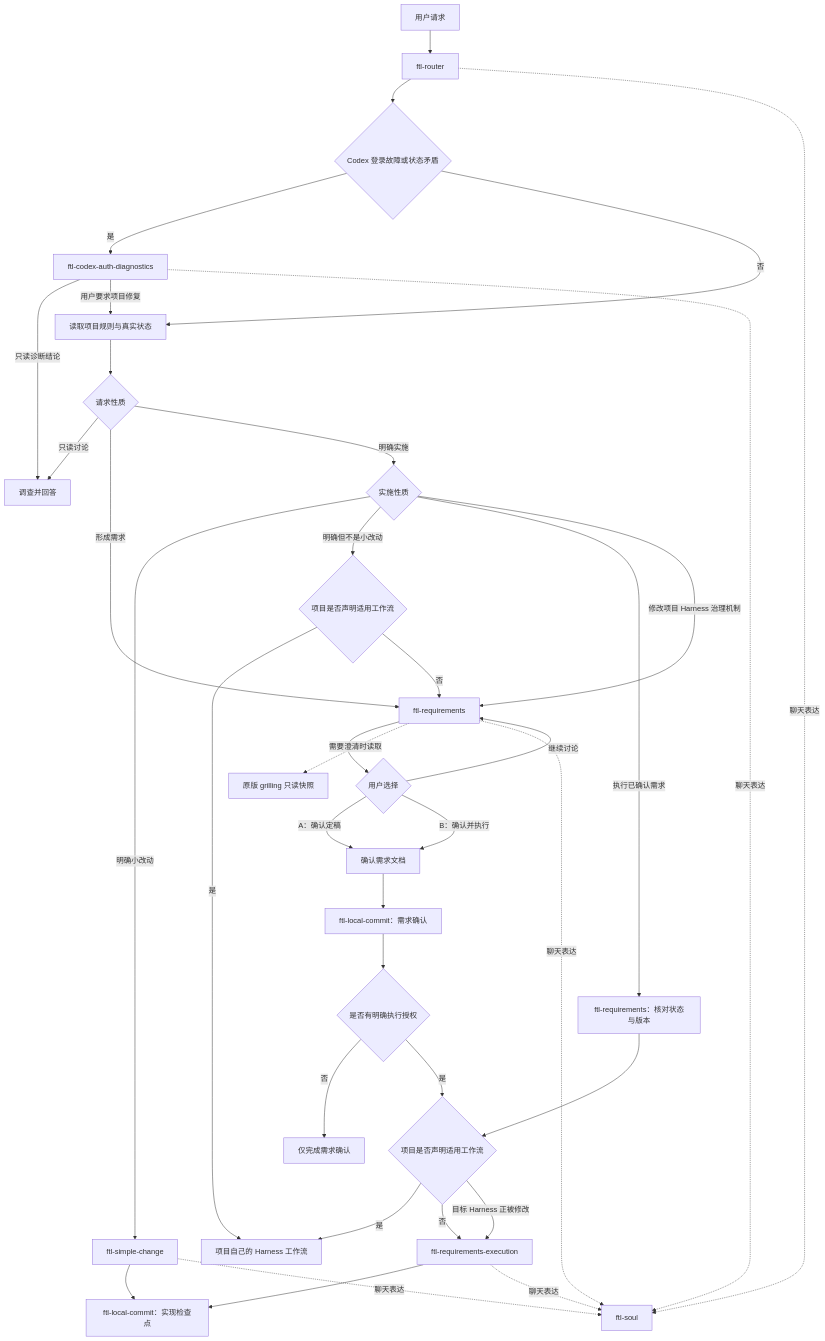
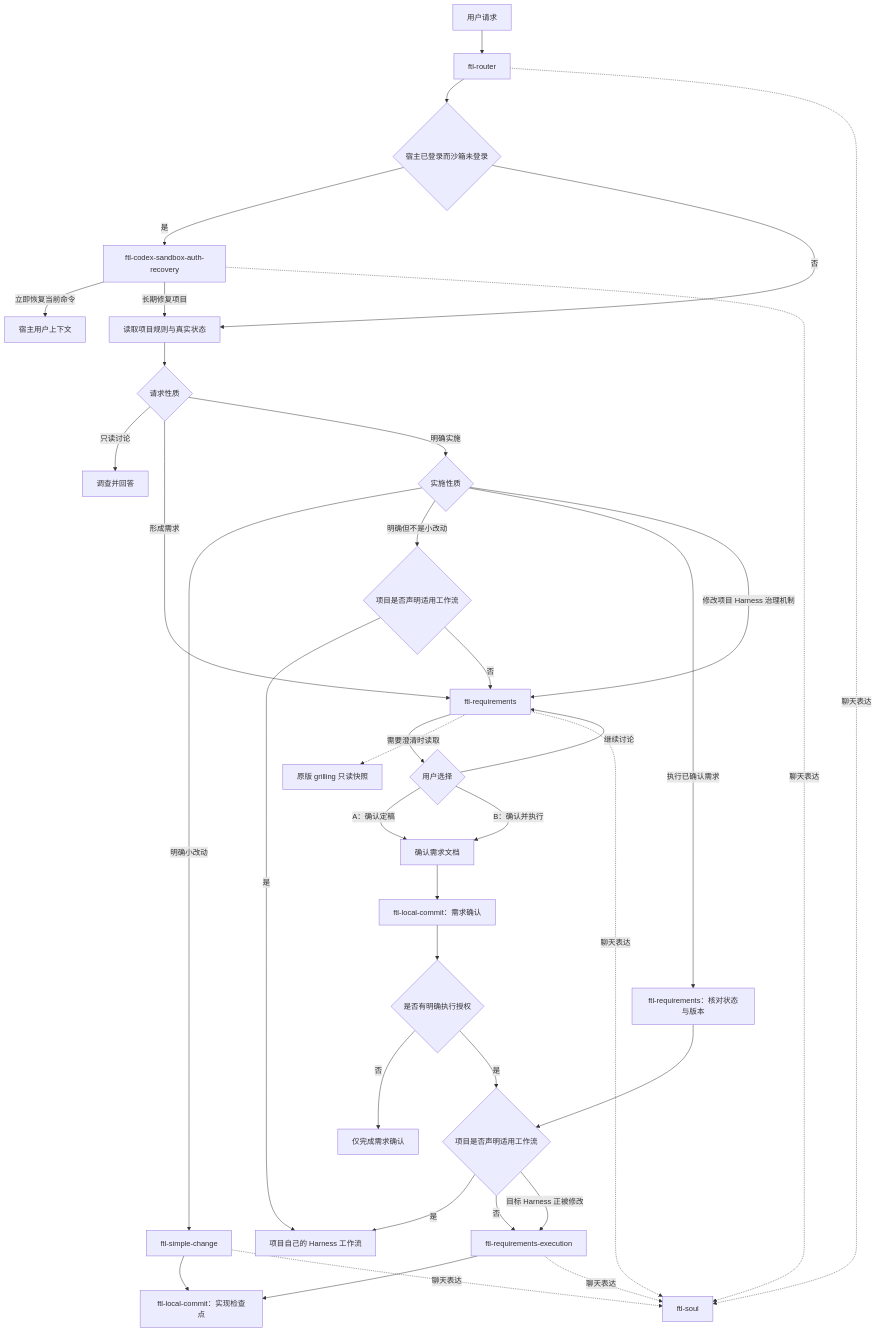
One commit to ContinuumFTL/FTLSoulSkill changed the diagram in README.md. Above: the diagram before and after it, drawn with Mermaid. The commit also changed other lines of this file and 3 other files, not shown here.

Commit message:
refactor: recover Codex auth in host context

````diff
--- a/README.md
+++ b/README.md
@@ -19,46 +19,46 @@
 ```mermaid
 flowchart TD
     U[用户请求] --> R[ftl-router]
-    R --> CA{Codex 登录故障或状态矛盾}
-    CA -->|是| AD[ftl-codex-auth-diagnostics]
+    R --> CA{宿主已登录而沙箱未登录}
+    CA -->|是| AR[ftl-codex-sandbox-auth-recovery]
     CA -->|否| P[读取项目规则与真实状态]
-    AD -->|只读诊断结论| A
-    AD -->|用户要求项目修复| P
+    AR -->|立即恢复当前命令| HR[宿主用户上下文]
+    AR -->|长期修复项目| P
     P --> K{请求性质}
 
     K -->|只读讨论| A[调查并回答]
     K -->|形成需求| Q[ftl-requirements]
     K -->|明确实施| I{实施性质}
 
     I -->|明确小改动| S[ftl-simple-change]
     I -->|明确但不是小改动| NW{项目是否声明适用工作流}
     I -->|执行已确认需求| V[ftl-requirements：核对状态与版本]
     I -->|修改项目 Harness 治理机制| Q
 
     NW -->|是| H
     NW -->|否| Q
     V --> W{项目是否声明适用工作流}
 
     Q --> C{用户选择}
     Q -.需要澄清时读取.-> G[原版 grilling 只读快照]
     C -->|继续讨论| Q
     C -->|A：确认定稿| D[确认需求文档]
     C -->|B：确认并执行| D
     D --> LC[ftl-local-commit：需求确认]
     LC --> X{是否有明确执行授权}
     X -->|否| Z[仅完成需求确认]
     X -->|是| W
 
     W -->|是| H[项目自己的 Harness 工作流]
     W -->|否| E[ftl-requirements-execution]
     W -->|目标 Harness 正被修改| E
 
     S --> L[ftl-local-commit：实现检查点]
     E --> L
 
     R -.聊天表达.-> N[ftl-soul]
-    AD -.聊天表达.-> N
+    AR -.聊天表达.-> N
     S -.聊天表达.-> N
     Q -.聊天表达.-> N
     E -.聊天表达.-> N
 ```
````
